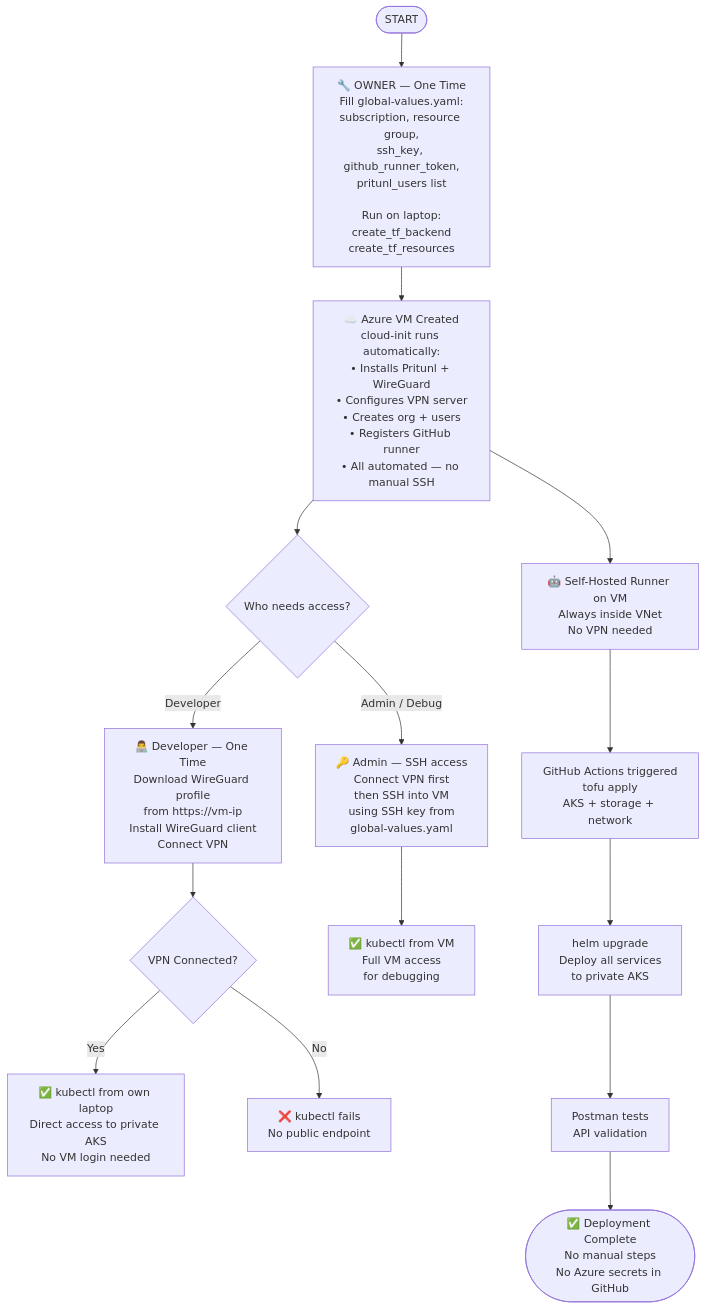
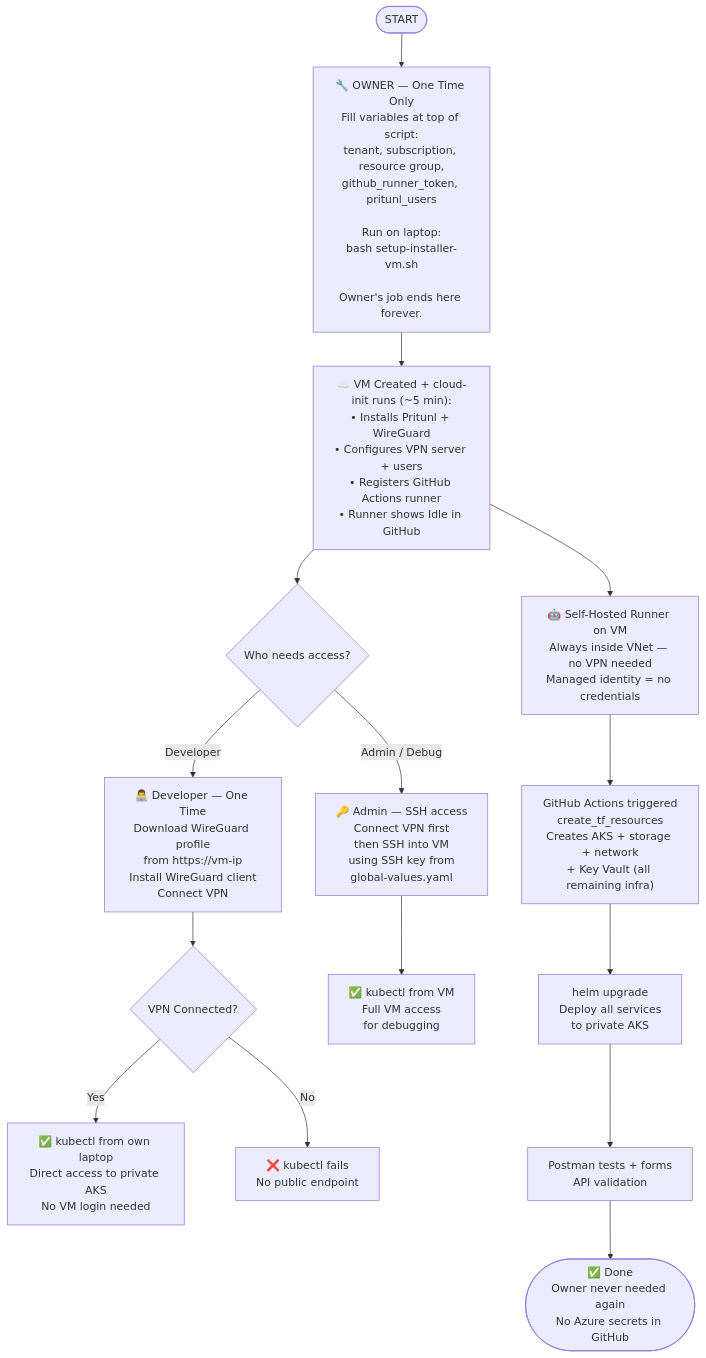
Before and after one commit to Sunbird-Spark/sunbird-spark-installer: the diagram in private-cluster-vpn-plan.md, drawn with Mermaid. The commit also changed other lines of this file and 7 other files, not shown here.

First line of the commit message:
feat(private-cluster): private AKS, Pritunl VPN, self-hosted runner

````diff
--- a/private-cluster-vpn-plan.md
+++ b/private-cluster-vpn-plan.md
@@ -269,26 +287,26 @@
 ```mermaid
 flowchart TD
     A([START]) --> B
 
-    B["🔧 OWNER — One Time\nFill global-values.yaml:\nsubscription, resource group,\nssh_key, github_runner_token,\npritunl_users list\n\nRun on laptop:\ncreate_tf_backend\ncreate_tf_resources"]
+    B["🔧 OWNER — One Time Only\nFill variables at top of script:\ntenant, subscription, resource group,\ngithub_runner_token, pritunl_users\n\nRun on laptop:\nbash setup-installer-vm.sh\n\nOwner's job ends here forever."]
 
-    B --> C["☁️ Azure VM Created\ncloud-init runs automatically:\n• Installs Pritunl + WireGuard\n• Configures VPN server\n• Creates org + users\n• Registers GitHub runner\n• All automated — no manual SSH"]
+    B --> C["☁️ VM Created + cloud-init runs (~5 min):\n• Installs Pritunl + WireGuard\n• Configures VPN server + users\n• Registers GitHub Actions runner\n• Runner shows Idle in GitHub"]
 
     C --> D{"Who needs access?"}
 
     D -->|Developer| E["👨‍💻 Developer — One Time\nDownload WireGuard profile\nfrom https://vm-ip\nInstall WireGuard client\nConnect VPN"]
 
     D -->|Admin / Debug| F["🔑 Admin — SSH access\nConnect VPN first\nthen SSH into VM\nusing SSH key from\nglobal-values.yaml"]
 
     E --> G{"VPN Connected?"}
     G -->|Yes| H["✅ kubectl from own laptop\nDirect access to private AKS\nNo VM login needed"]
     G -->|No| I["❌ kubectl fails\nNo public endpoint"]
 
     F --> J["✅ kubectl from VM\nFull VM access\nfor debugging"]
 
-    C --> K["🤖 Self-Hosted Runner on VM\nAlways inside VNet\nNo VPN needed"]
-    K --> L["GitHub Actions triggered\ntofu apply\nAKS + storage + network"]
+    C --> K["🤖 Self-Hosted Runner on VM\nAlways inside VNet — no VPN needed\nManaged identity = no credentials"]
+    K --> L["GitHub Actions triggered\ncreate_tf_resources\nCreates AKS + storage + network\n+ Key Vault (all remaining infra)"]
     L --> M["helm upgrade\nDeploy all services\nto private AKS"]
-    M --> N["Postman tests\nAPI validation"]
-    N --> O([✅ Deployment Complete\nNo manual steps\nNo Azure secrets in GitHub])
+    M --> N["Postman tests + forms\nAPI validation"]
+    N --> O([✅ Done\nOwner never needed again\nNo Azure secrets in GitHub])
 ```
````
